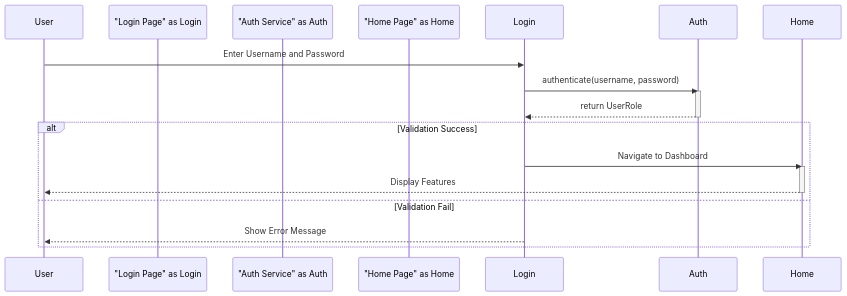
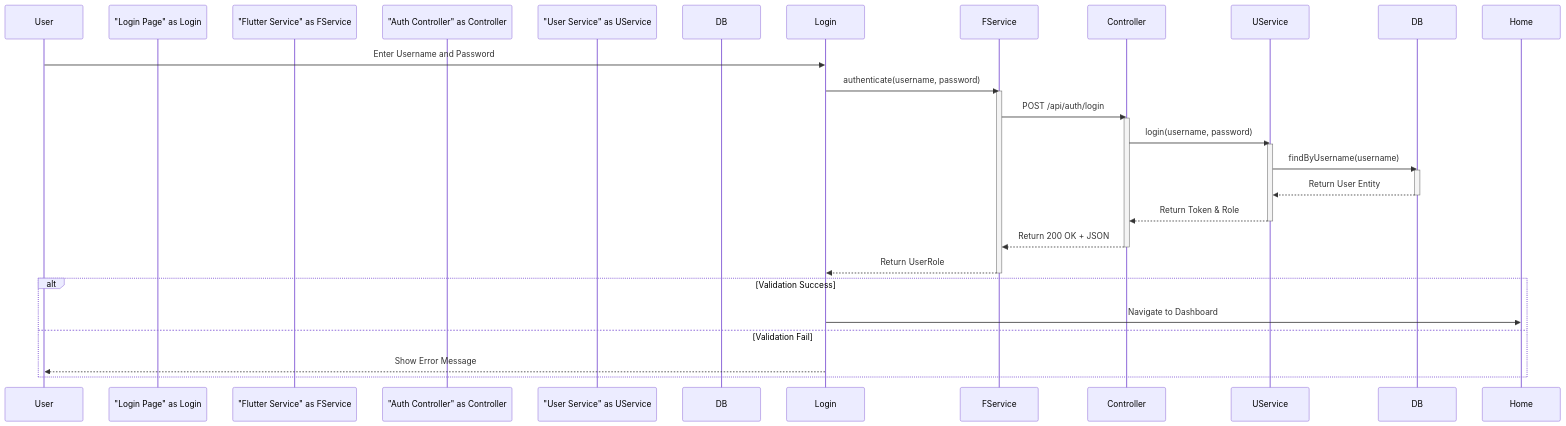
One commit to AmirtterK/human-resources-management changed the third of 9 diagrams in diagrams/04_Chapter2_Modeling.md. Above: the diagram before and after it, drawn with Mermaid. The commit also changed other lines of this file and 2 other files, not shown here.

````diff
--- a/diagrams/04_Chapter2_Modeling.md
+++ b/diagrams/04_Chapter2_Modeling.md
@@ -115,22 +132,33 @@
 ```mermaid
 sequenceDiagram
     participant User
     participant "Login Page" as Login
-    participant "Auth Service" as Auth
-    participant "Home Page" as Home
+    participant "Flutter Service" as FService
+    participant "Auth Controller" as Controller
+    participant "User Service" as UService
+    participant "Database" as DB
 
     User->>Login: Enter Username and Password
-    Login->>Auth: authenticate(username, password)
-    activate Auth
-    Auth-->>Login: return UserRole
-    deactivate Auth
+    Login->>FService: authenticate(username, password)
+    activate FService
+    FService->>Controller: POST /api/auth/login
+    activate Controller
+    Controller->>UService: login(username, password)
+    activate UService
+    UService->>DB: findByUsername(username)
+    activate DB
+    DB-->>UService: Return User Entity
+    deactivate DB
+    UService-->>Controller: Return Token & Role
+    deactivate UService
+    Controller-->>FService: Return 200 OK + JSON
+    deactivate Controller
+    FService-->>Login: Return UserRole
+    deactivate FService
     
     alt Validation Success
         Login->>Home: Navigate to Dashboard
-        activate Home
-        Home-->>User: Display Features
-        deactivate Home
     else Validation Fail
         Login-->>User: Show Error Message
     end
 ```
````
